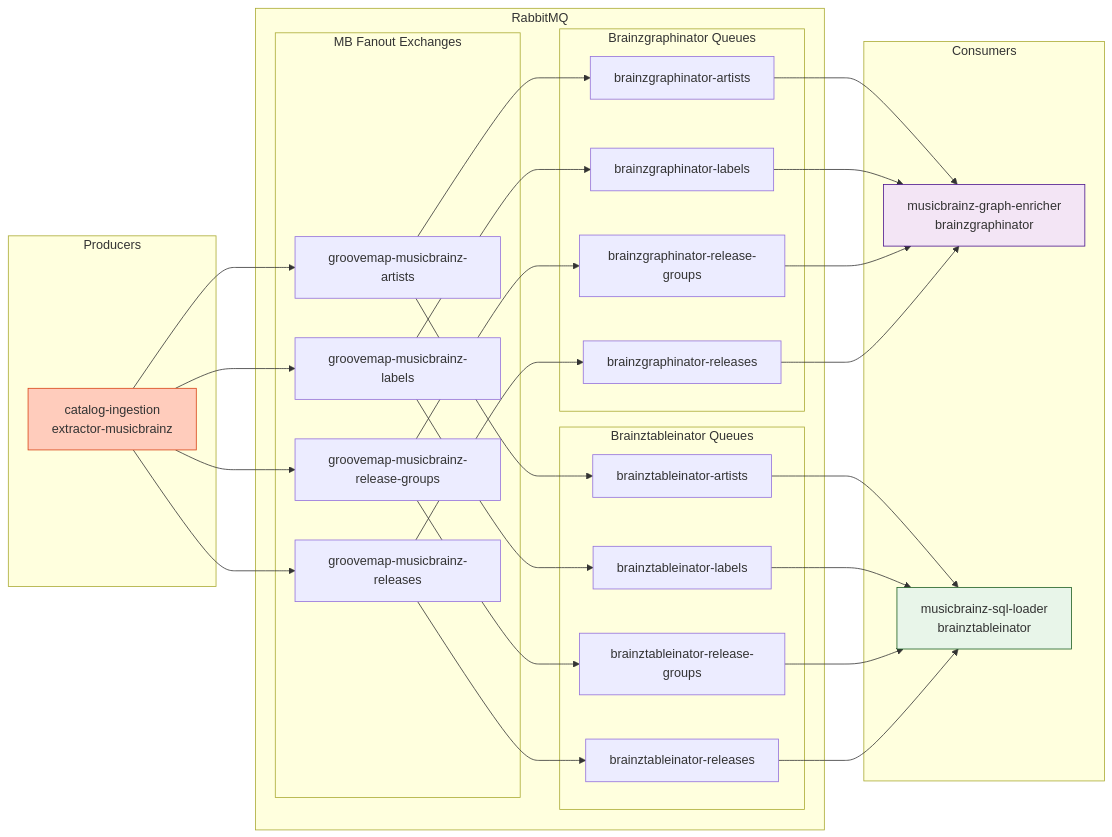
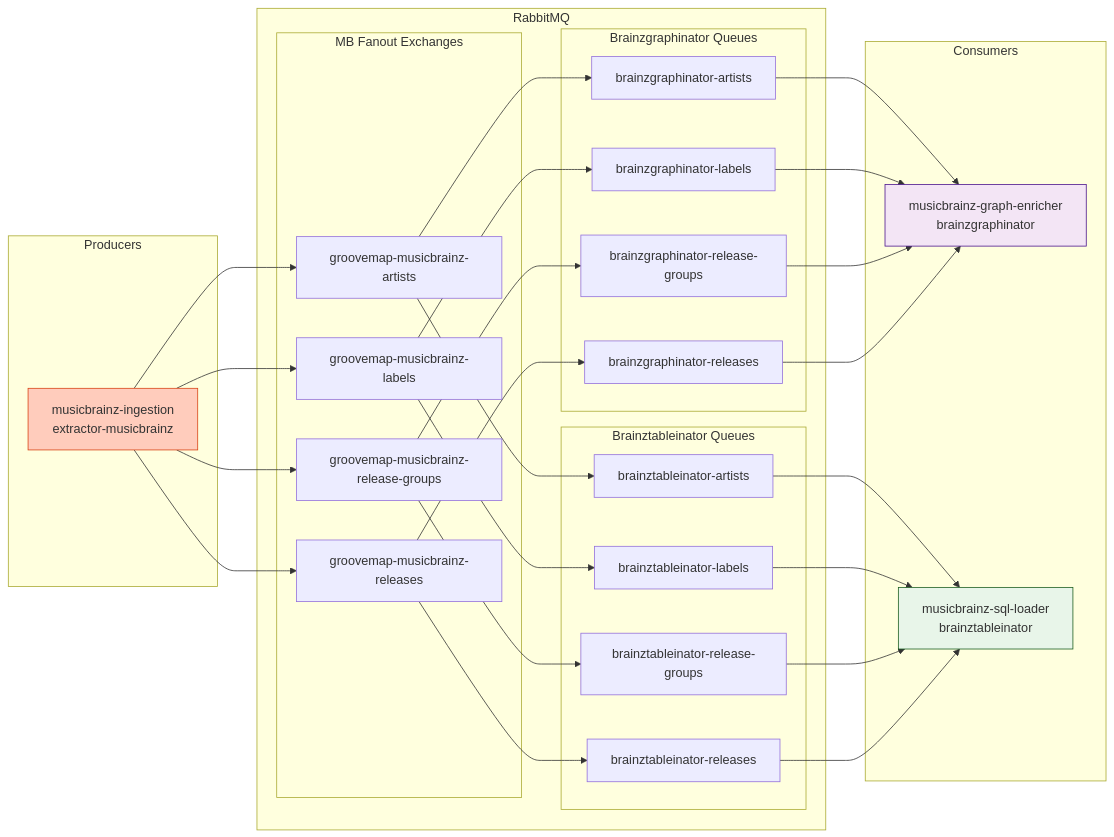
One commit to groovemap-music/deployment changed the sixth of 7 diagrams in docs/architecture.md. Above: the diagram before and after it, drawn with Mermaid. The commit also changed other lines of this file and 1 other file, not shown here.

First line of the commit message:
docs(architecture): name the split producers instead of the retired combined repo

````diff
--- a/docs/architecture.md
+++ b/docs/architecture.md
@@ -713,48 +715,48 @@
 ```mermaid
 graph LR
     subgraph Producers
-        EXT_MB[catalog-ingestion<br/>extractor-musicbrainz]
+        EXT_MB[musicbrainz-ingestion<br/>extractor-musicbrainz]
     end
 
     subgraph RabbitMQ
         subgraph MB Fanout Exchanges
             MAQ[groovemap-musicbrainz-artists]
             MLQ[groovemap-musicbrainz-labels]
             MRGQ[groovemap-musicbrainz-release-groups]
             MRQ[groovemap-musicbrainz-releases]
         end
 
         subgraph Brainzgraphinator Queues
             BGA[brainzgraphinator-artists]
             BGL[brainzgraphinator-labels]
             BGRG[brainzgraphinator-release-groups]
             BGR[brainzgraphinator-releases]
         end
 
         subgraph Brainztableinator Queues
             BTA[brainztableinator-artists]
             BTL[brainztableinator-labels]
             BTRG[brainztableinator-release-groups]
             BTR[brainztableinator-releases]
         end
     end
 
     subgraph Consumers
         BGRAPH[musicbrainz-graph-enricher<br/>brainzgraphinator]
         BTABLE[musicbrainz-sql-loader<br/>brainztableinator]
     end
 
     EXT_MB --> MAQ & MLQ & MRGQ & MRQ
 
     MAQ --> BGA & BTA
     MLQ --> BGL & BTL
     MRGQ --> BGRG & BTRG
     MRQ --> BGR & BTR
 
     BGA & BGL & BGRG & BGR --> BGRAPH
     BTA & BTL & BTRG & BTR --> BTABLE
 
     style EXT_MB fill:#ffccbc,stroke:#d84315
     style BGRAPH fill:#f3e5f5,stroke:#4a148c
     style BTABLE fill:#e8f5e9,stroke:#1b5e20
 ```
````
